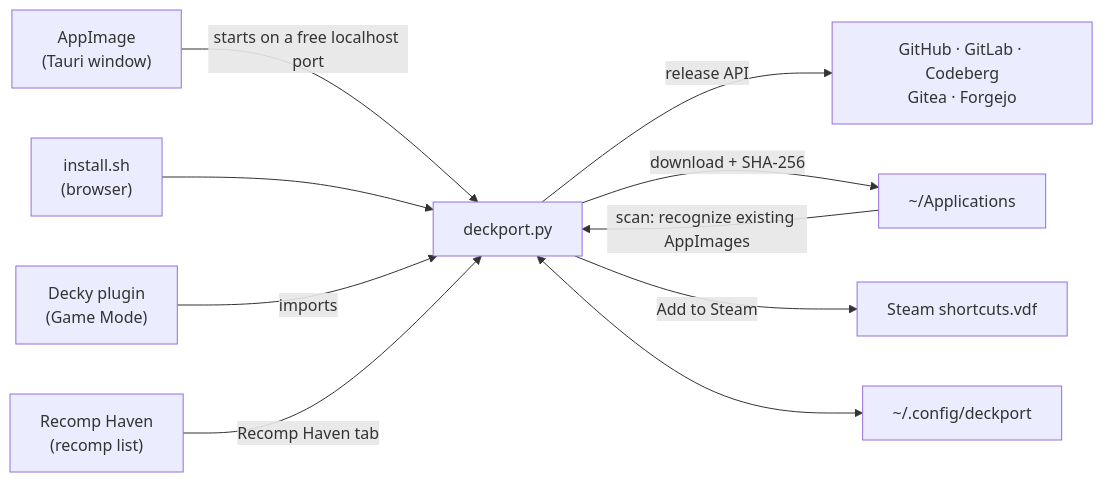
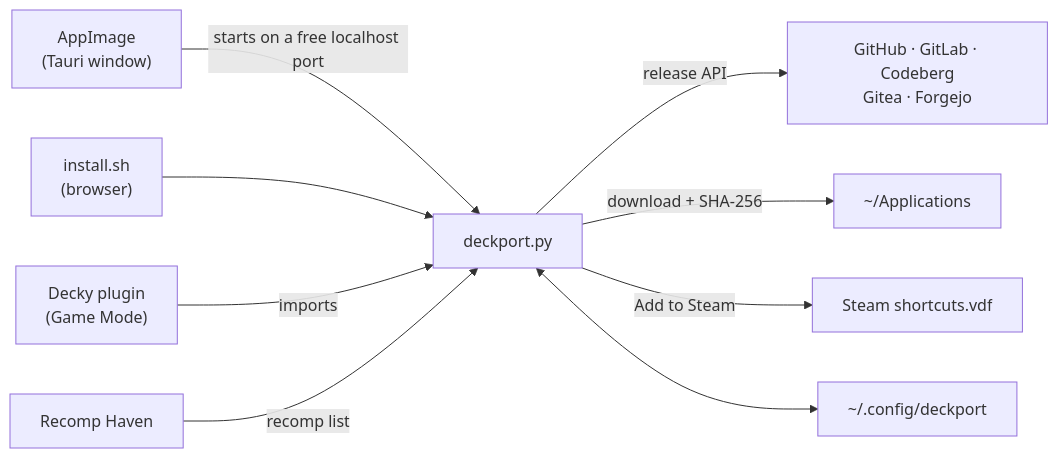
The diagram in README.md (intermission88/SedotDeck), drawn with Mermaid before and after one commit. The commit also changed other lines of this file, not shown here.

````diff
--- a/README.md
+++ b/README.md
@@ -294,12 +218,11 @@
 ```mermaid
 flowchart LR
   A["AppImage<br/>(Tauri window)"] -- "starts on a free localhost port" --> P["deckport.py"]
   S["install.sh<br/>(browser)"] --> P
   D["Decky plugin<br/>(Game Mode)"] -- "imports" --> P
   P -- "release API" --> F["GitHub · GitLab · Codeberg<br/>Gitea · Forgejo"]
   P -- "download + SHA-256" --> L["~/Applications"]
-  L -- "scan: recognize existing AppImages" --> P
   P -- "Add to Steam" --> V["Steam shortcuts.vdf"]
-  R["Recomp Haven<br/>(recomp list)"] -- "Recomp Haven tab" --> P
+  R["Recomp Haven"] -- "recomp list" --> P
   P <--> C["~/.config/deckport"]
 ```
````
